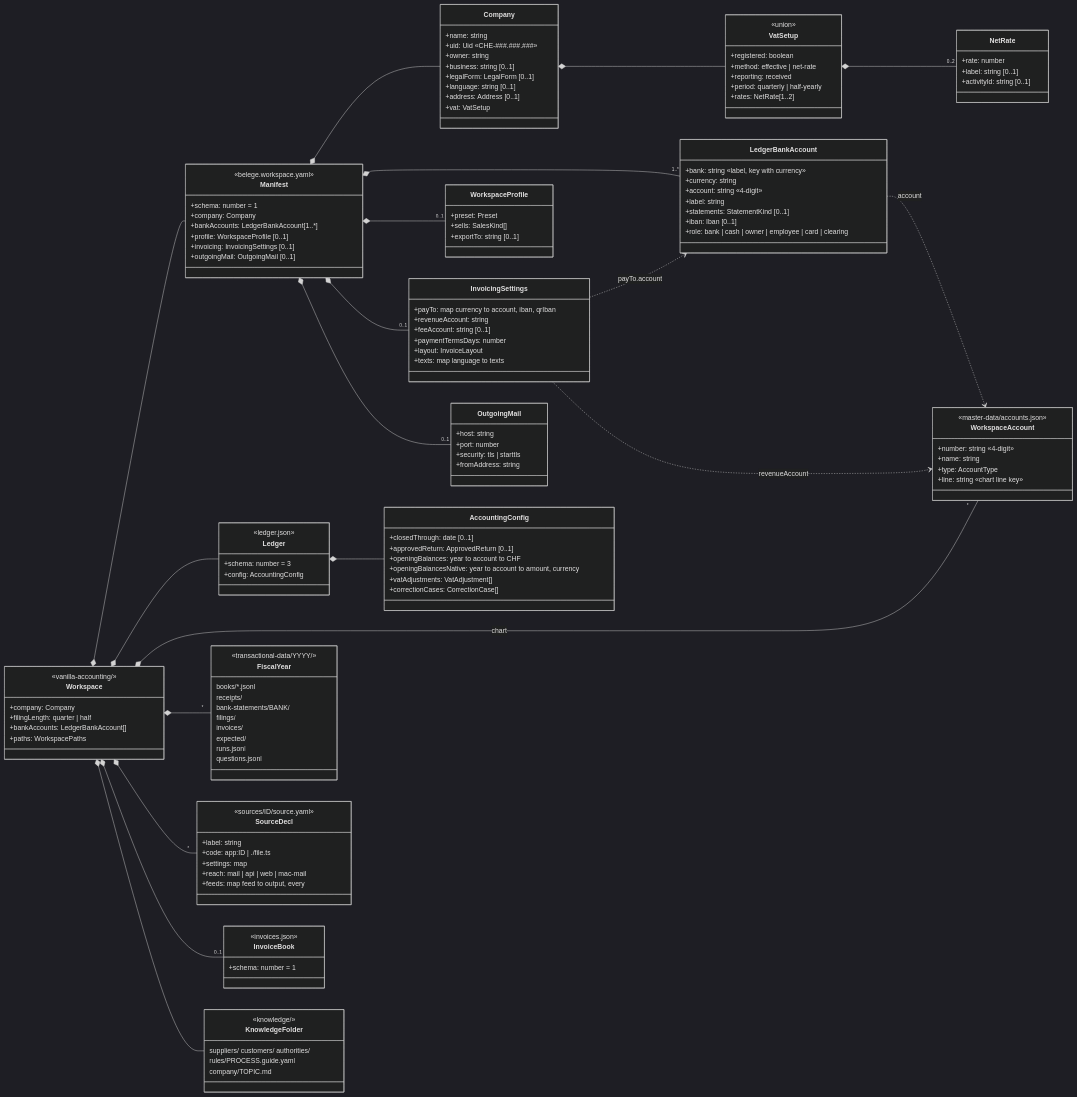
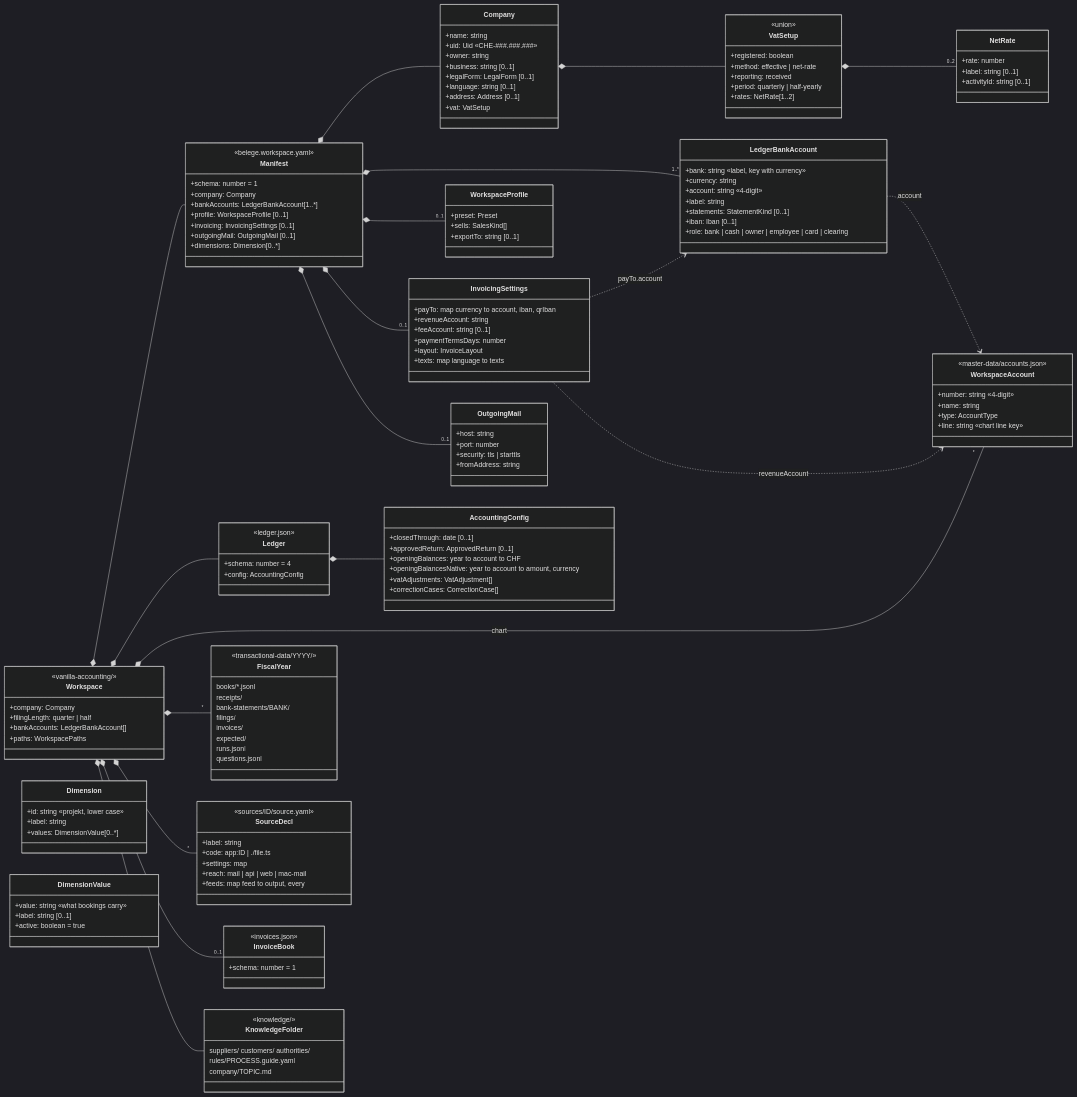
Before and after one commit to VanillaSystems/vanilla-accounting: the first of 6 diagrams in docs/data-model.md, drawn with Mermaid (dark theme). The commit also changed other lines of this file and 6 other files, not shown here.

```diff
--- a/docs/data-model.md
+++ b/docs/data-model.md
@@ -63,6 +63,17 @@
     +profile: WorkspaceProfile [0..1]
     +invoicing: InvoicingSettings [0..1]
     +outgoingMail: OutgoingMail [0..1]
+    +dimensions: Dimension[0..*]
+  }
+  class Dimension {
+    +id: string «projekt, lower case»
+    +label: string
+    +values: DimensionValue[0..*]
+  }
+  class DimensionValue {
+    +value: string «what bookings carry»
+    +label: string [0..1]
+    +active: boolean = true
   }
   class Company {
     +name: string
@@ -117,7 +128,7 @@
   }
   class Ledger {
     <<ledger.json>>
-    +schema: number = 3
+    +schema: number = 4
     +config: AccountingConfig
   }
   class AccountingConfig {
```
